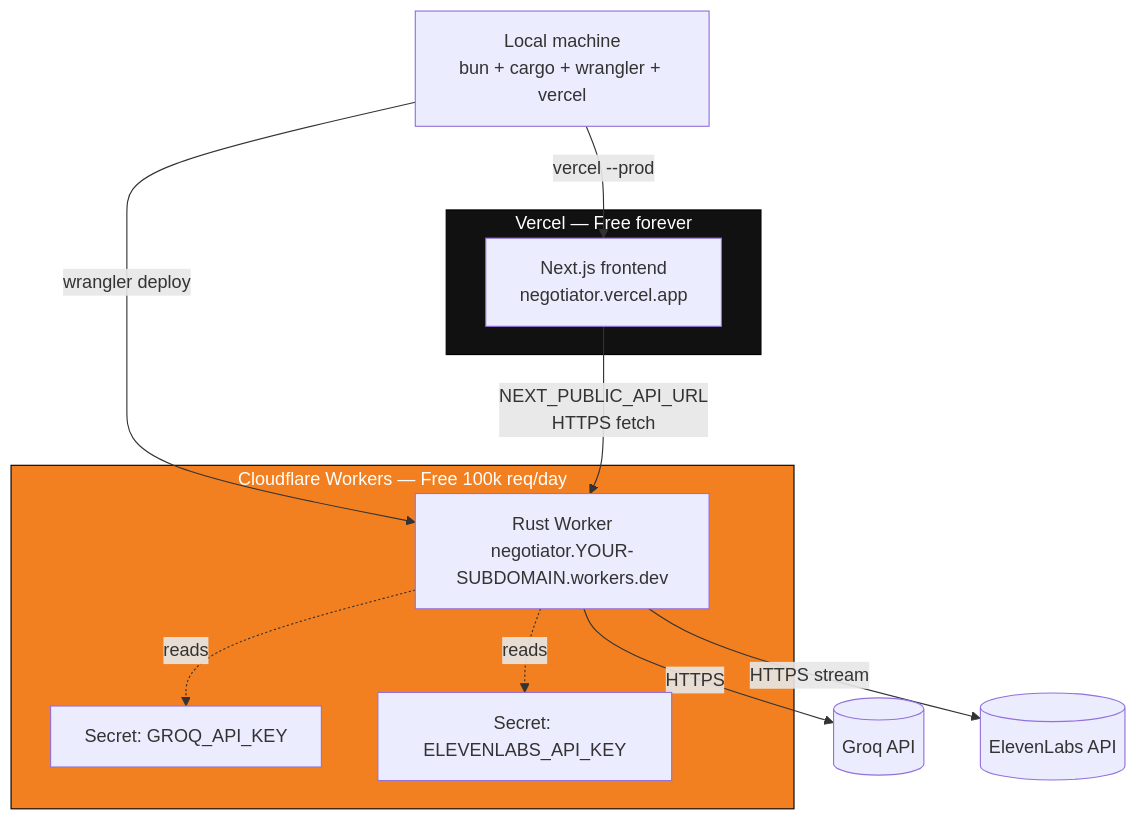
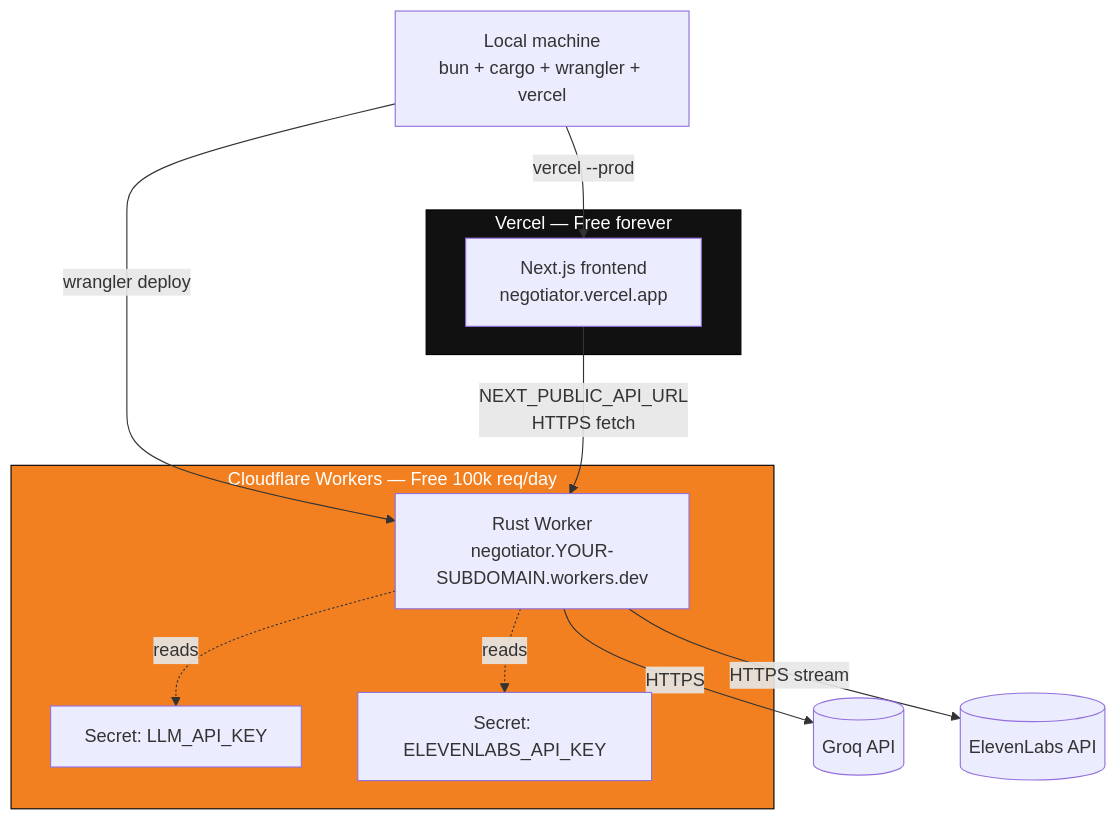
One commit to AnkanMisra/Negotiator changed the second of 2 diagrams in docs/DEPLOYMENT.md. Above: the diagram before and after it, drawn with Mermaid. The commit also changed other lines of this file and 12 other files, not shown here.

````diff
--- a/docs/DEPLOYMENT.md
+++ b/docs/DEPLOYMENT.md
@@ -30,26 +30,26 @@
 ```mermaid
 flowchart TB
     DEV[Local machine<br/>bun + cargo + wrangler + vercel]
 
     subgraph vercel[Vercel — Free forever]
         FE[Next.js frontend<br/>negotiator.vercel.app]
     end
 
     subgraph cf[Cloudflare Workers — Free 100k req/day]
         BE[Rust Worker<br/>negotiator.YOUR-SUBDOMAIN.workers.dev]
-        SEC1[Secret: GROQ_API_KEY]
+        SEC1[Secret: LLM_API_KEY]
         SEC2[Secret: ELEVENLABS_API_KEY]
         BE -.reads.-> SEC1
         BE -.reads.-> SEC2
     end
 
     DEV -->|vercel --prod| FE
     DEV -->|wrangler deploy| BE
 
     FE -->|NEXT_PUBLIC_API_URL<br/>HTTPS fetch| BE
     BE -->|HTTPS| GROQ[(Groq API)]
     BE -->|HTTPS stream| EL[(ElevenLabs API)]
 
     style vercel fill:#111,stroke:#000,color:#fff
     style cf fill:#f38020,stroke:#000,color:#fff
 ```
````
